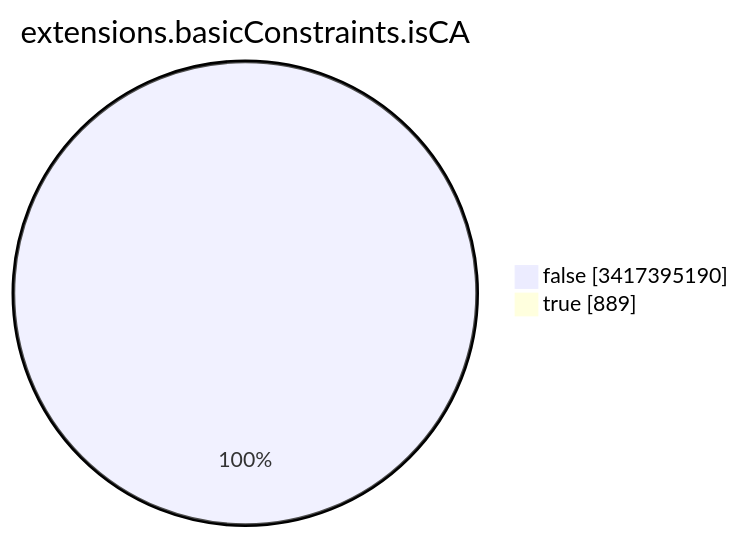
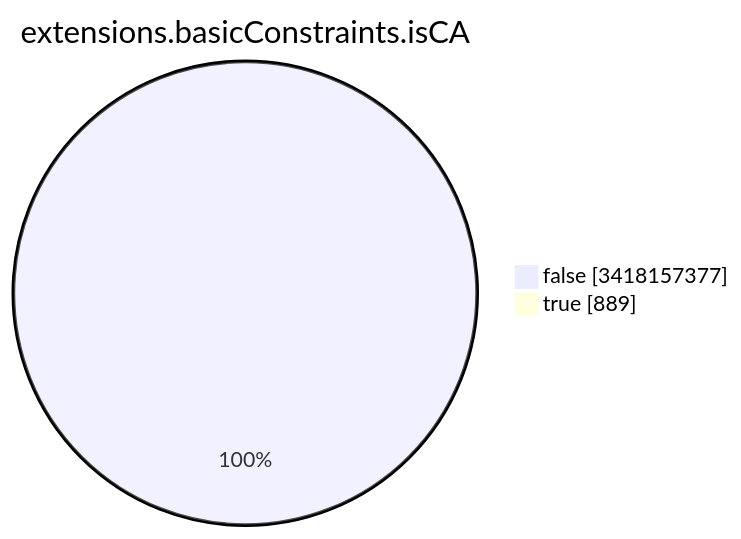
The seventh of 15 diagrams in TOTAL/README.md (christiankrug/ctmonitor_visualization), drawn with Mermaid before and after one commit. The commit also changed other lines of this file, not shown here.

````diff
--- a/TOTAL/README.md
+++ b/TOTAL/README.md
@@ -3092,6 +3092,6 @@
 ```mermaid
 pie showData
 title extensions.basicConstraints.isCA
-"false" :3417395190
+"false" :3418157377
 "true" :889
 ```
````
